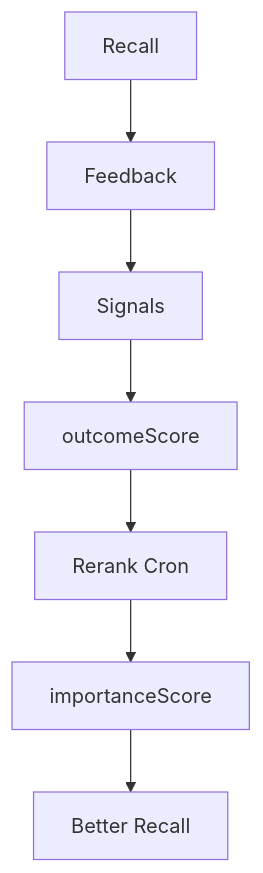
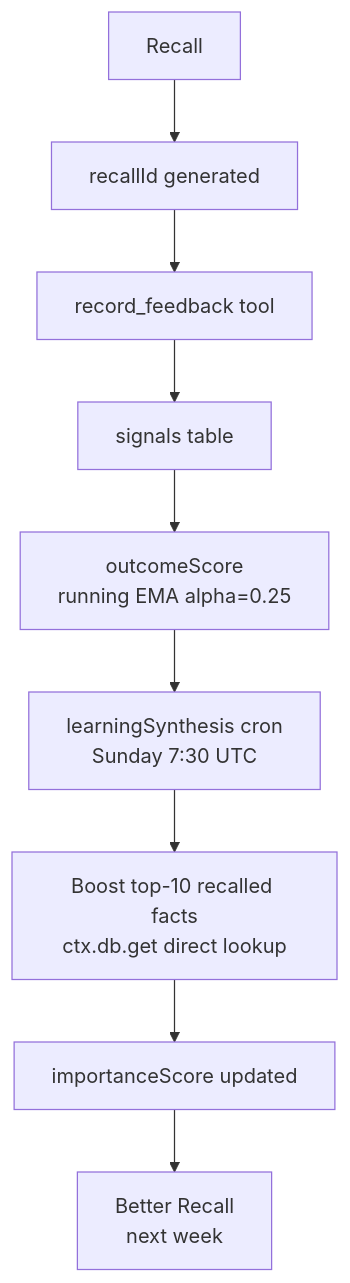
Before and after one commit to RyanLisse/engram: the fourth of 9 diagrams in docs/diagrams/architecture.md, drawn with Mermaid. The commit also changed other lines of this file and 6 other files, not shown here.

First line of the commit message:
docs: update schema, architecture, diagrams for optimizations

````diff
--- a/docs/diagrams/architecture.md
+++ b/docs/diagrams/architecture.md
@@ -35,9 +53,11 @@
 ```mermaid
 flowchart TD
-    Recall --> Feedback
-    Feedback --> Signals
-    Signals --> OS[outcomeScore]
-    OS --> Rerank[Rerank Cron]
-    Rerank --> IS[importanceScore]
-    IS --> Better[Better Recall]
+    Recall --> RecallId[recallId generated]
+    RecallId --> Feedback[record_feedback tool]
+    Feedback --> Signals[signals table]
+    Signals --> OS[outcomeScore\nrunning EMA alpha=0.25]
+    OS --> WeeklyRerank[learningSynthesis cron\nSunday 7:30 UTC]
+    WeeklyRerank --> BoostTop[Boost top-10 recalled facts\nctx.db.get direct lookup]
+    BoostTop --> IS[importanceScore updated]
+    IS --> Better[Better Recall\nnext week]
 ```
````
